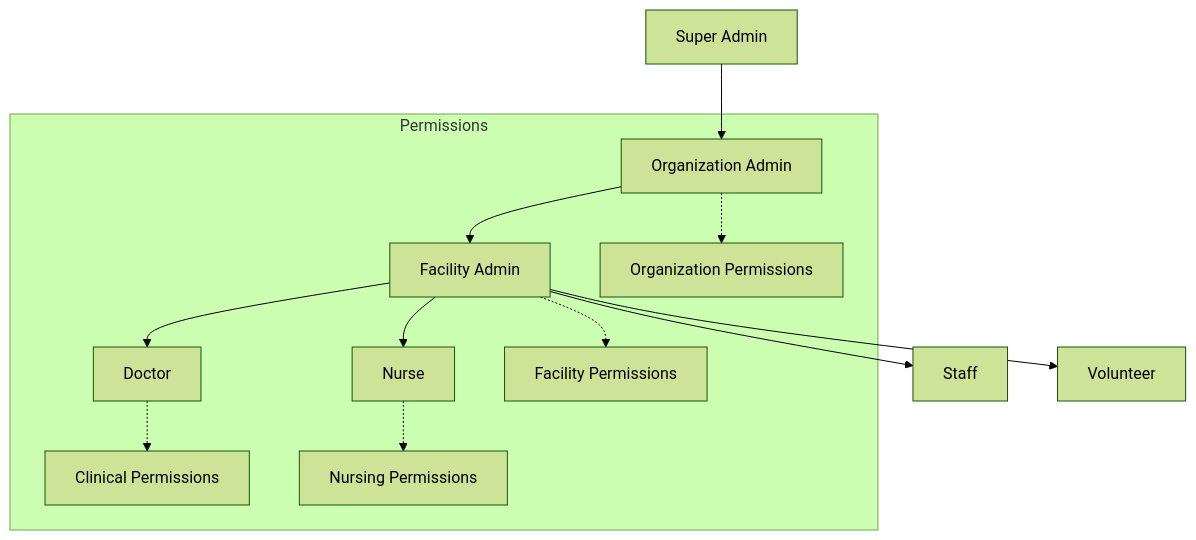
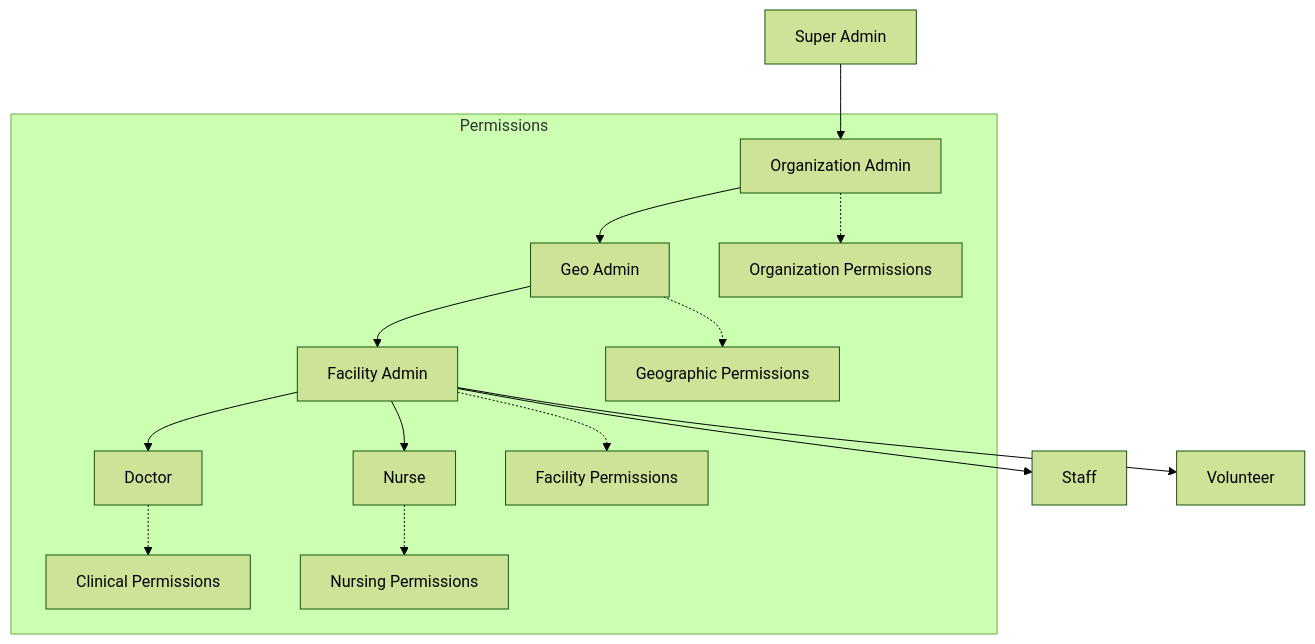
Before and after one commit to jagankumar-egov/care_fe: the second of 23 diagrams in flowdiagram.md, drawn with Mermaid (forest theme). The commit also changed other lines of this file and 2 other files, not shown here.

Commit message:
updated flow

````diff
--- a/flowdiagram.md
+++ b/flowdiagram.md
@@ -68,16 +91,18 @@
 ```mermaid
 flowchart TD
     SA[Super Admin] --> OA[Organization Admin]
-    OA --> FA[Facility Admin]
+    OA --> GA[Geo Admin]
+    GA --> FA[Facility Admin]
     FA --> D[Doctor]
     FA --> N[Nurse]
     FA --> S[Staff]
     FA --> V[Volunteer]
 
     subgraph Permissions
         OA -.-> OP[Organization Permissions]
+        GA -.-> GP[Geographic Permissions]
         FA -.-> FP[Facility Permissions]
         D -.-> CP[Clinical Permissions]
         N -.-> NP[Nursing Permissions]
     end
 ```
````
